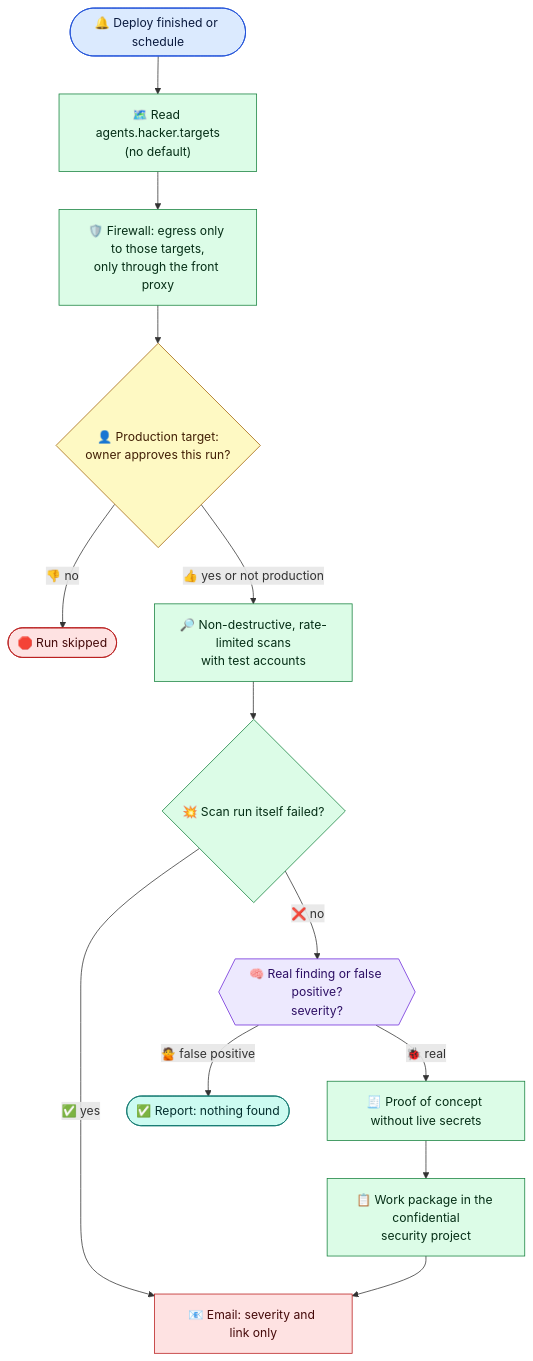
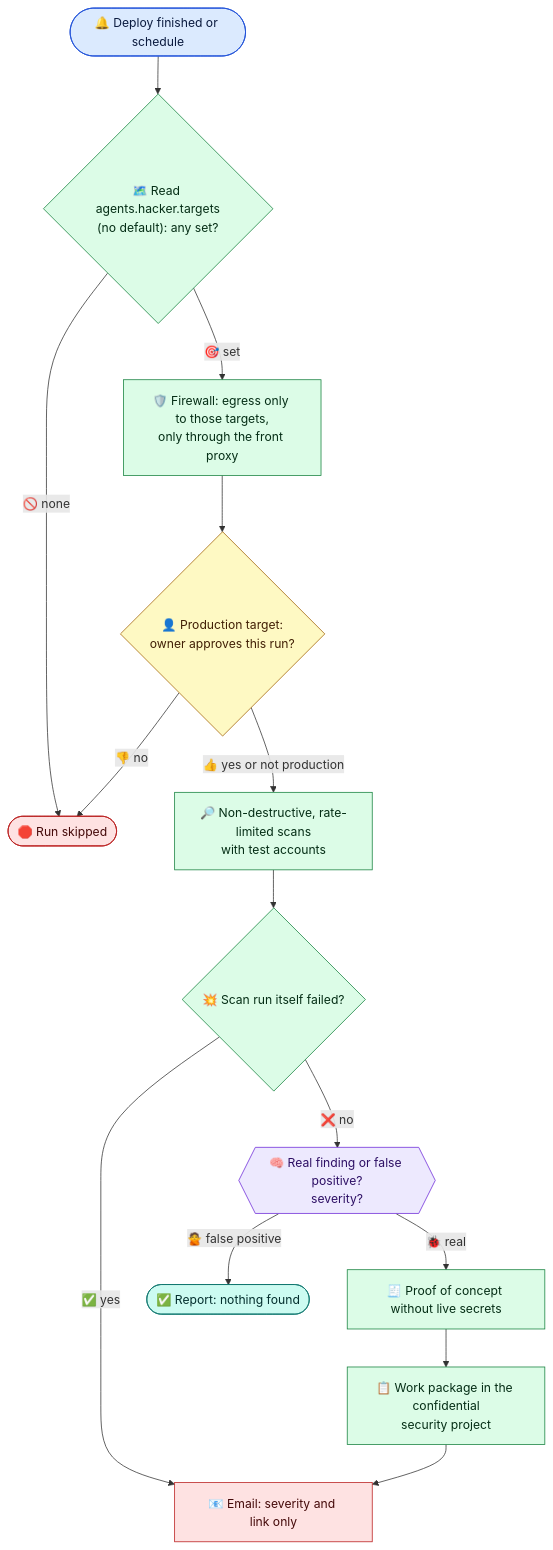
Diagram 14 of 24 in docs/requirements/089-agents-restructuring.md (infinito-nexus/core), drawn with Mermaid before and after one commit. The commit also changed other lines of this file and 31 other files, not shown here.

````diff
--- a/docs/requirements/089-agents-restructuring.md
+++ b/docs/requirements/089-agents-restructuring.md
@@ -1087,35 +1108,37 @@
 ```mermaid
 flowchart TD
   T1(["🔔 Deploy finished or schedule"])
-  D1["🗺️ Read agents.hacker.targets<br/>(no default)"]
+  D1{"🗺️ Read agents.hacker.targets<br/>(no default): any set?"}
   D2["🛡️ Firewall: egress only to those targets,<br/>only through the front proxy"]
   H1{"👤 Production target:<br/>owner approves this run?"}
   D0(["🛑 Run skipped"])
   D3["🔎 Non-destructive, rate-limited scans<br/>with test accounts"]
   D4{"💥 Scan run itself failed?"}
   L1{{"🧠 Real finding or false positive?<br/>severity?"}}
   D5["🧾 Proof of concept without live secrets"]
   D6["📋 Work package in the confidential<br/>security project"]
   D7["📧 Email: severity and link only"]
   D8(["✅ Report: nothing found"])
-  T1 --> D1 --> D2 --> H1
+  T1 --> D1
+  D1 -->|"🎯 set"| D2 --> H1
+  D1 -->|"🚫 none"| D0
   H1 -->|"👍 yes or not production"| D3
   H1 -->|"👎 no"| D0
   D3 --> D4
   D4 -->|"✅ yes"| D7
   D4 -->|"❌ no"| L1
   L1 -->|"🐞 real"| D5 --> D6 --> D7
   L1 -->|"🙅 false positive"| D8
   classDef trigger fill:#dbeafe,stroke:#1d4ed8,color:#0b1b3f
   classDef det fill:#dcfce7,stroke:#15803d,color:#052e16
   classDef llm fill:#ede9fe,stroke:#6d28d9,color:#2e1065
   classDef good fill:#ccfbf1,stroke:#0f766e,color:#042f2e
   classDef alert fill:#fee2e2,stroke:#b91c1c,color:#450a0a
   classDef human fill:#fef9c3,stroke:#a16207,color:#422006
   class T1 trigger
   class D1,D2,D3,D4,D5,D6 det
   class L1 llm
   class D8 good
   class D7,D0 alert
   class H1 human
 ```
````
